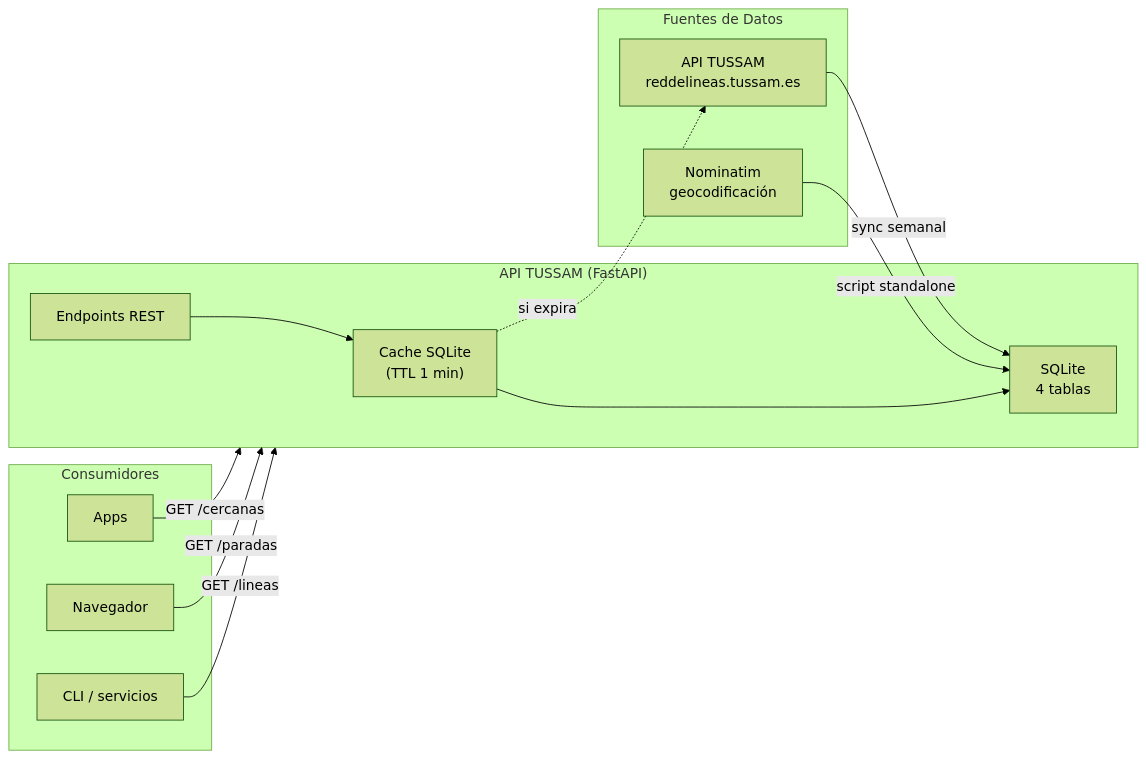
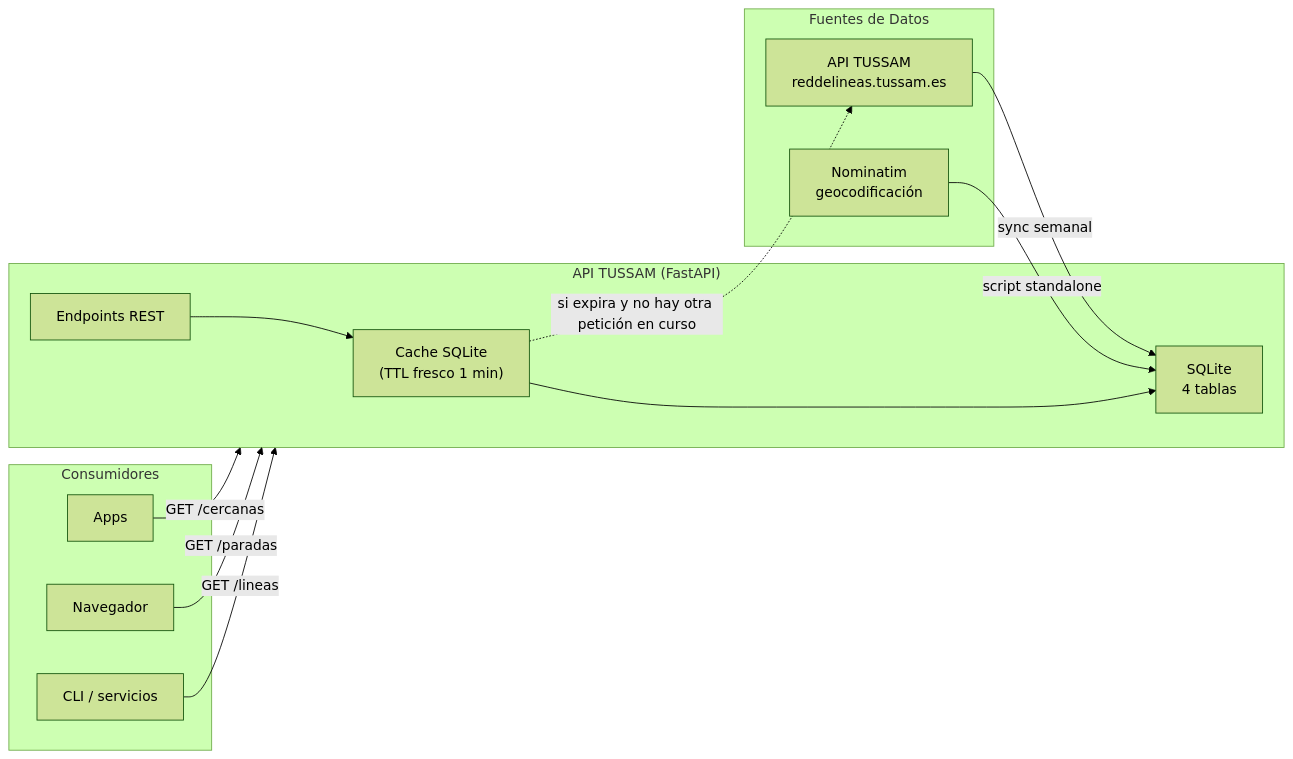
One commit to 686f6c61/API-TUSSAM changed the diagram in docs/API.md. Above: the diagram before and after it, drawn with Mermaid (forest theme). The commit also changed other lines of this file and 11 other files, not shown here.

````diff
--- a/docs/API.md
+++ b/docs/API.md
@@ -12,28 +12,28 @@
 ```mermaid
 flowchart LR
     subgraph Origen["Fuentes de Datos"]
         T["API TUSSAM\nreddelineas.tussam.es"]
         N["Nominatim\ngeocodificación"]
     end
 
     subgraph API["API TUSSAM (FastAPI)"]
-        Cache["Cache SQLite\n(TTL 1 min)"]
+        Cache["Cache SQLite\n(TTL fresco 1 min)"]
         DB["SQLite\n4 tablas"]
         EP["Endpoints REST"]
     end
 
     subgraph Clientes["Consumidores"]
         App["Apps"]
         Web["Navegador"]
         CLI["CLI / servicios"]
     end
 
     T -->|"sync semanal"| DB
     N -->|"script standalone"| DB
     App -->|"GET /cercanas"| API
     Web -->|"GET /paradas"| API
     CLI -->|"GET /lineas"| API
     EP --> Cache
     Cache --> DB
-    Cache -.->|"si expira"| T
+    Cache -.->|"si expira y no hay otra petición en curso"| T
 ```
````
